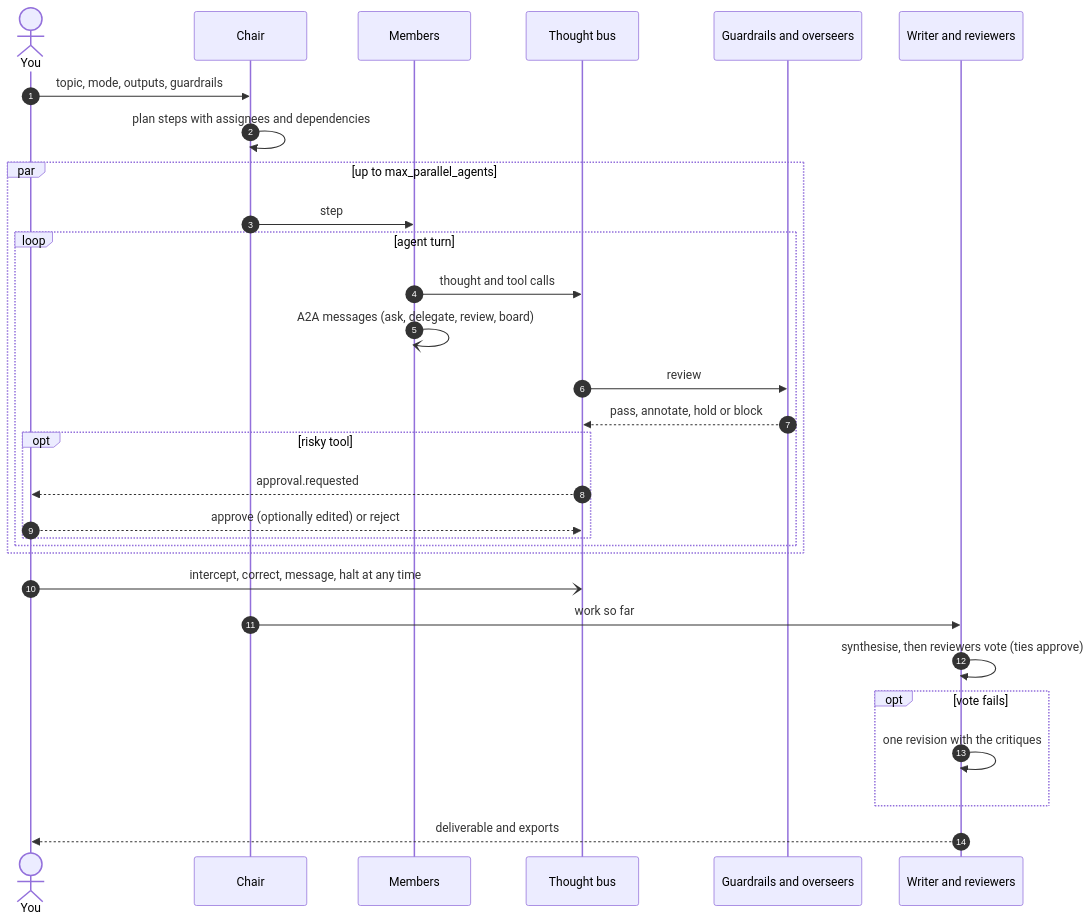
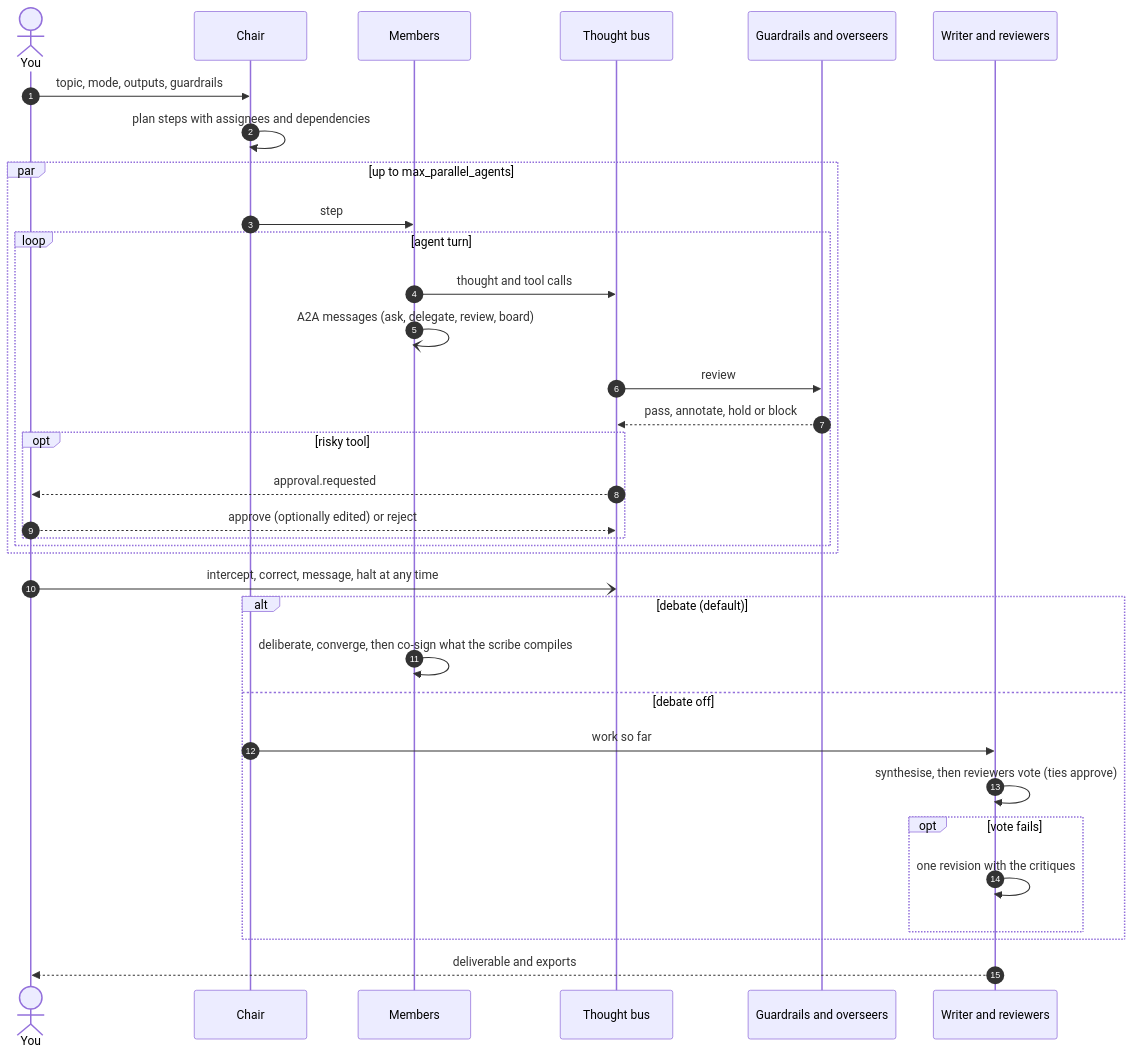
The third of 5 diagrams in README.md (lordprime/Argus-Council), drawn with Mermaid before and after one commit. The commit also changed other lines of this file and 58 other files, not shown here.

````diff
--- a/README.md
+++ b/README.md
@@ -225,32 +225,36 @@
 ```mermaid
 sequenceDiagram
     autonumber
     actor U as You
     participant C as Chair
     participant M as Members
     participant B as Thought bus
     participant O as Guardrails and overseers
     participant W as Writer and reviewers
     U->>C: topic, mode, outputs, guardrails
     C->>C: plan steps with assignees and dependencies
     par up to max_parallel_agents
         C->>M: step
         loop agent turn
             M->>B: thought and tool calls
             M-)M: A2A messages (ask, delegate, review, board)
             B->>O: review
             O-->>B: pass, annotate, hold or block
             opt risky tool
                 B-->>U: approval.requested
                 U-->>B: approve (optionally edited) or reject
             end
         end
     end
     U-)B: intercept, correct, message, halt at any time
-    C->>W: work so far
-    W->>W: synthesise, then reviewers vote (ties approve)
-    opt vote fails
-        W->>W: one revision with the critiques
+    alt debate (default)
+        M->>M: deliberate, converge, then co-sign what the scribe compiles
+    else debate off
+        C->>W: work so far
+        W->>W: synthesise, then reviewers vote (ties approve)
+        opt vote fails
+            W->>W: one revision with the critiques
+        end
     end
     W-->>U: deliverable and exports
 ```
````
